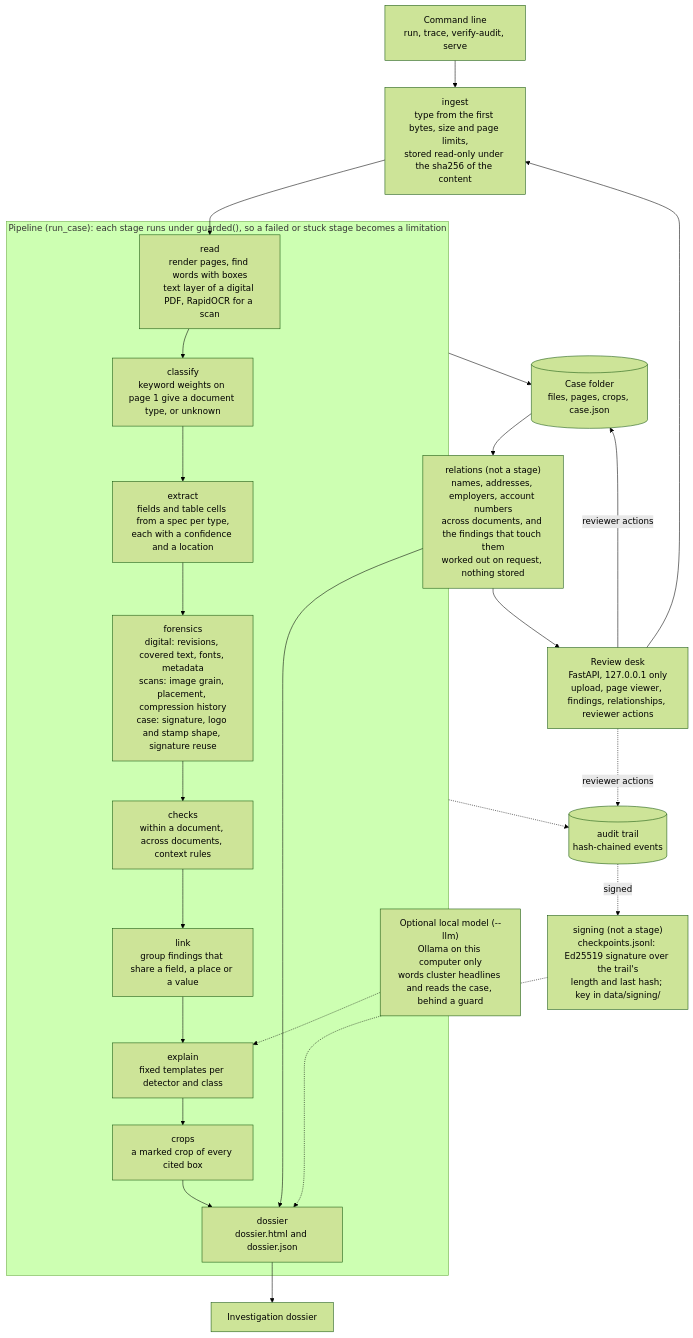
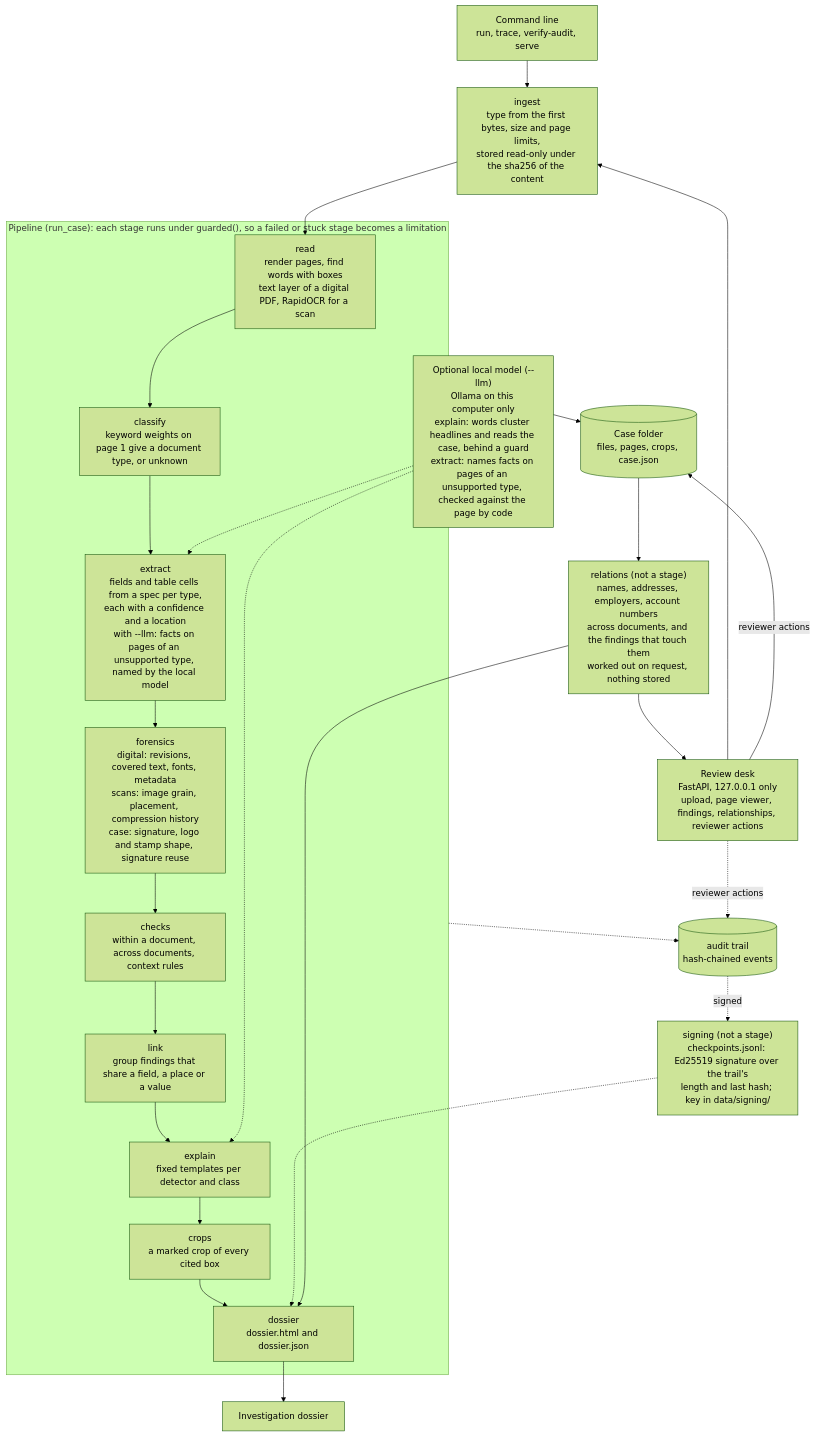
Before and after one commit to BU1lDR/docforensics: the diagram in docs/architecture.md, drawn with Mermaid (forest theme). The commit also changed other lines of this file and 1 other file, not shown here.

Commit message:
docs: the language-model prose names template-free reading (README, architecture): three things in the README, two stages in the architecture, what the model is shown, the extra time, and the limitations list instead of a limitation number

````diff
--- a/docs/architecture.md
+++ b/docs/architecture.md
@@ -5,39 +5,40 @@
 ```mermaid
 flowchart TD
     cli["Command line<br/>run, trace, verify-audit, serve"]
     desk["Review desk<br/>FastAPI, 127.0.0.1 only<br/>upload, page viewer, findings, relationships, reviewer actions"]
     ingest["ingest<br/>type from the first bytes, size and page limits,<br/>stored read-only under the sha256 of the content"]
     cli --> ingest
     desk --> ingest
     ingest --> read
 
     subgraph pipeline["Pipeline (run_case): each stage runs under guarded(), so a failed or stuck stage becomes a limitation"]
         read["read<br/>render pages, find words with boxes<br/>text layer of a digital PDF, RapidOCR for a scan"]
         classify["classify<br/>keyword weights on page 1 give a document type, or unknown"]
-        extract["extract<br/>fields and table cells from a spec per type,<br/>each with a confidence and a location"]
+        extract["extract<br/>fields and table cells from a spec per type,<br/>each with a confidence and a location<br/>with --llm: facts on pages of an unsupported type, named by the local model"]
         forensics["forensics<br/>digital: revisions, covered text, fonts, metadata<br/>scans: image grain, placement, compression history<br/>case: signature, logo and stamp shape, signature reuse"]
         checks["checks<br/>within a document, across documents, context rules"]
         link["link<br/>group findings that share a field, a place or a value"]
         explain["explain<br/>fixed templates per detector and class"]
         crops["crops<br/>a marked crop of every cited box"]
         dossier["dossier<br/>dossier.html and dossier.json"]
         read --> classify --> extract --> forensics --> checks --> link --> explain --> crops --> dossier
     end
 
-    llm["Optional local model (--llm)<br/>Ollama on this computer only<br/>words cluster headlines and reads the case, behind a guard"]
+    llm["Optional local model (--llm)<br/>Ollama on this computer only<br/>explain: words cluster headlines and reads the case, behind a guard<br/>extract: names facts on pages of an unsupported type, checked against the page by code"]
     llm -.-> explain
+    llm -.-> extract
     casefolder[("Case folder<br/>files, pages, crops, case.json")]
     audit[("audit trail<br/>hash-chained events")]
     sig["signing (not a stage)<br/>checkpoints.jsonl: Ed25519 signature over the trail's<br/>length and last hash; key in data/signing/"]
     relations["relations (not a stage)<br/>names, addresses, employers, account numbers<br/>across documents, and the findings that touch them<br/>worked out on request, nothing stored"]
     pipeline --> casefolder
     pipeline -.-> audit
     audit -.->|"signed"| sig
     sig -.-> dossier
     casefolder --> relations
     relations --> desk
     relations --> dossier
     desk -->|"reviewer actions"| casefolder
     desk -.->|"reviewer actions"| audit
     dossier --> report["Investigation dossier"]
 ```
````
